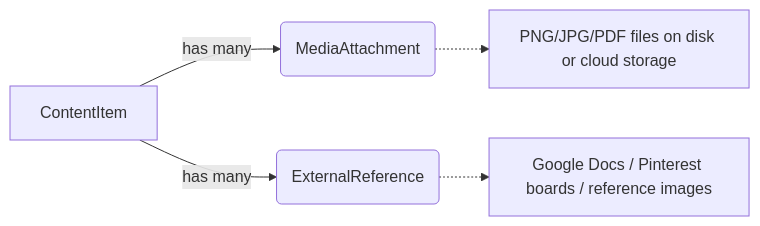
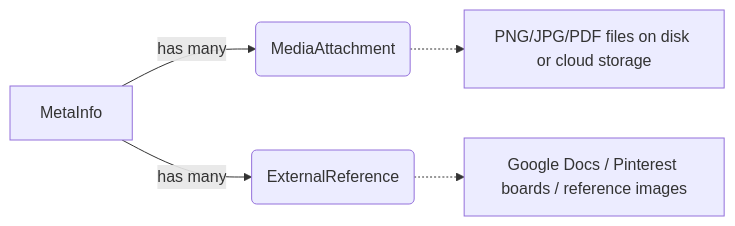
Before and after one commit to phinoox/Gadema: the diagram in docs/ContentItem.md, drawn with Mermaid. The commit also changed other lines of this file and 62 other files, not shown here.

Commit message:
renamed ContentItem to MetaInfo to better reflect its purpose(and confuse the llm a little less)

````diff
--- a/docs/ContentItem.md
+++ b/docs/ContentItem.md
@@ -173,8 +173,8 @@
 ```mermaid
 graph LR
-    A[ContentItem] -->|has many| B(MediaAttachment)
+    A[MetaInfo] -->|has many| B(MediaAttachment)
     A -->|has many| C(ExternalReference)
     
     B -.-> D[PNG/JPG/PDF files on disk or cloud storage]
     C -.-> E[Google Docs / Pinterest boards / reference images]
 ```
````
